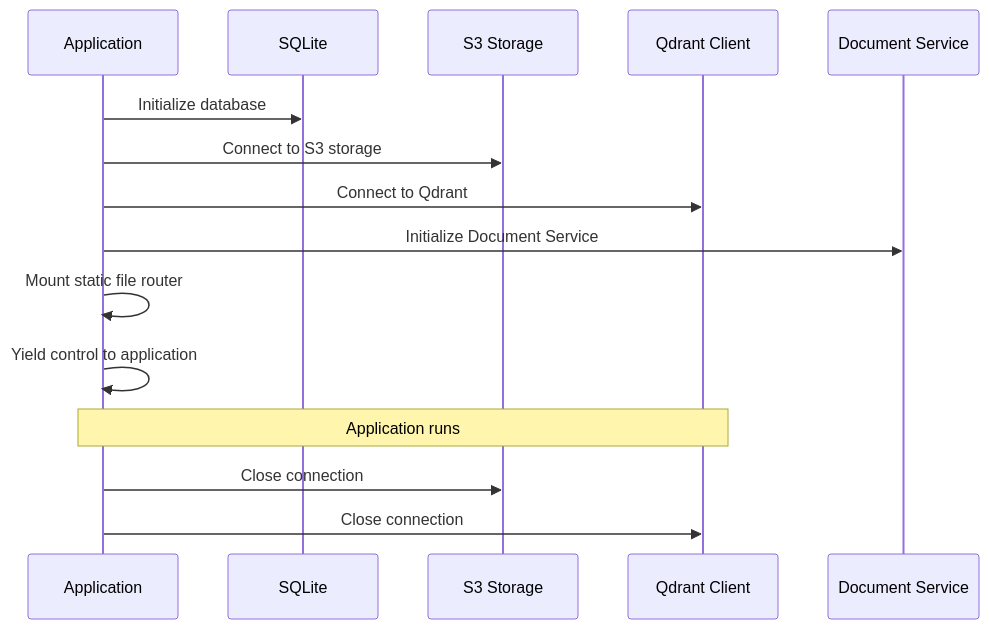
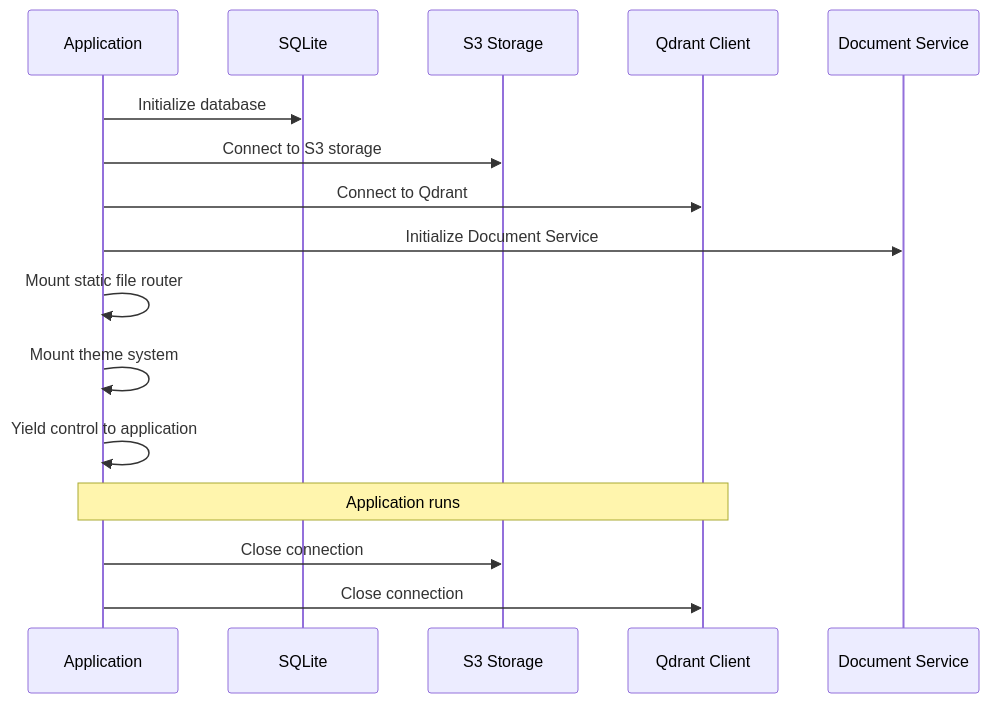
Before and after one commit to ognelis/cafetera_hr_bot: the second of 8 diagrams in .qoder/repowiki/en/content/Development Workflow/Main Application Entry Point.md, drawn with Mermaid. The commit also changed other lines of this file and 15 other files, not shown here.

````diff
--- a/.qoder/repowiki/en/content/Development Workflow/Main Application Entry Point.md
+++ b/.qoder/repowiki/en/content/Development Workflow/Main Application Entry Point.md
@@ -108,17 +115,18 @@
 ```mermaid
 sequenceDiagram
 participant App as Application
 participant DB as SQLite
 participant S3 as S3 Storage
 participant Qdrant as Qdrant Client
 participant Service as Document Service
 App->>DB : Initialize database
 App->>S3 : Connect to S3 storage
 App->>Qdrant : Connect to Qdrant
 App->>Service : Initialize Document Service
 App->>App : Mount static file router
+App->>App : Mount theme system
 App->>App : Yield control to application
 Note over App,Qdrant : Application runs
 App->>S3 : Close connection
 App->>Qdrant : Close connection
 ```
````
